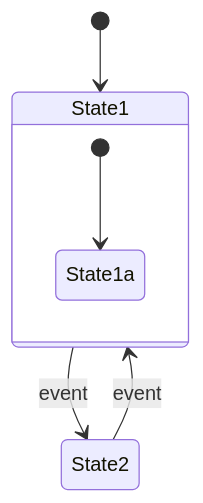
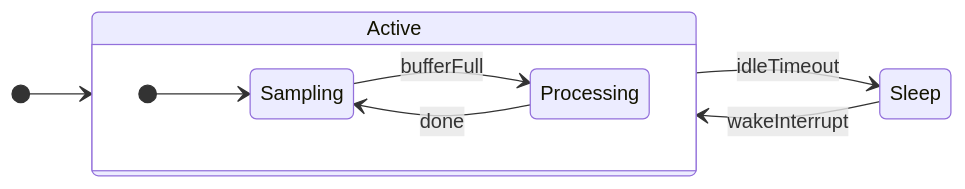
The diagram in README.md (gbmhunter/NinjaHSM), drawn with Mermaid before and after one commit. The commit also changed other lines of this file, not shown here.

Commit message:
Make the README statechart diagram embedded-relatable and horizontal
Replace the generic State1/State1a/State2 diagram with a low-power sensor node
example (Active{Sampling, Processing} + Sleep) that embedded engineers will
recognise, and lay it out left-to-right with 'direction LR' so sibling states
read across the page rather than stacking vertically.

````diff
--- a/README.md
+++ b/README.md
@@ -10,9 +10,13 @@
 ```mermaid
 stateDiagram-v2
-    [*] --> State1
-    state State1 {
-        [*] --> State1a
+    direction LR
+    [*] --> Active
+    state Active {
+        direction LR
+        [*] --> Sampling
+        Sampling --> Processing : bufferFull
+        Processing --> Sampling : done
     }
-    State1 --> State2 : event
-    State2 --> State1 : event
+    Active --> Sleep : idleTimeout
+    Sleep --> Active : wakeInterrupt
 ```
````
